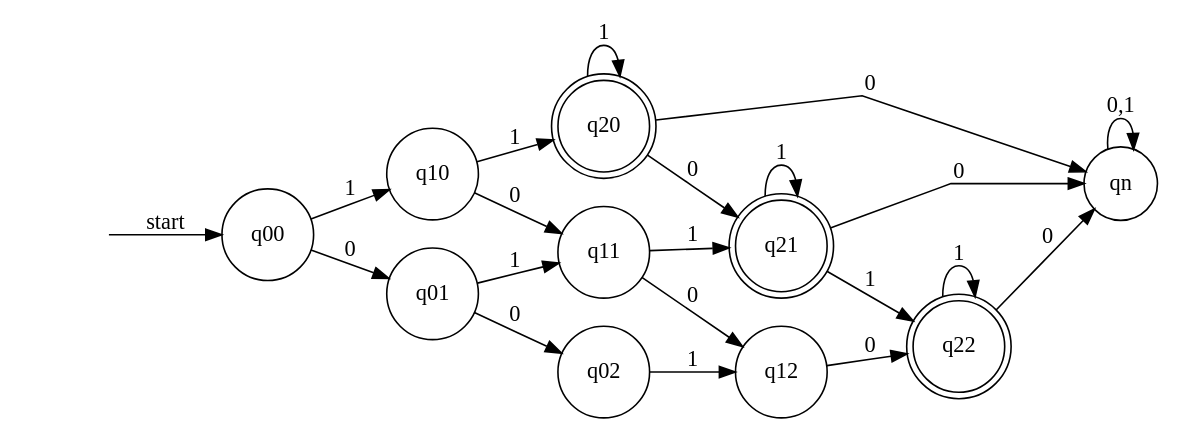
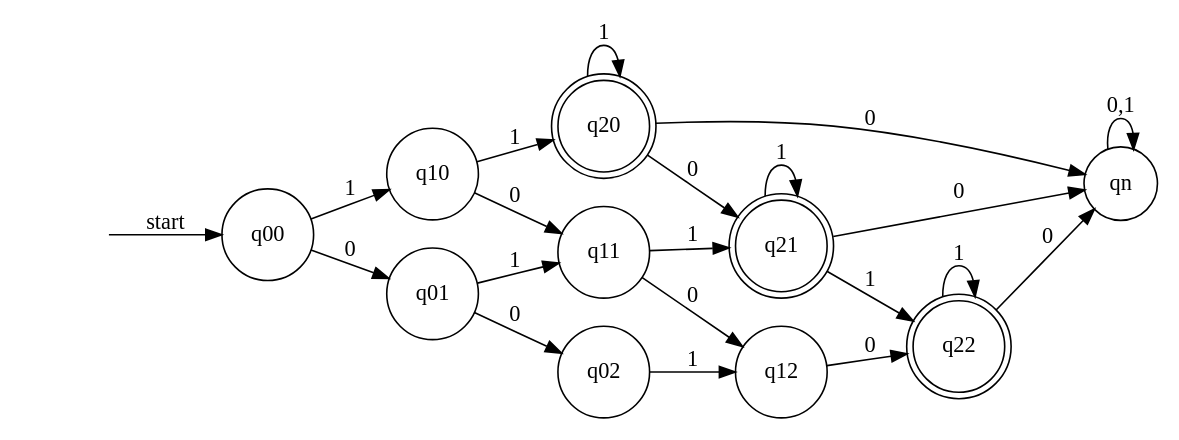
The fourth of 10 diagrams in src/math/formal-language/hw1.md (x06lan/mdbook), drawn with Graphviz before and after one commit. The commit also changed other lines of this file and 3 other files, not shown here.

````diff
--- a/src/math/formal-language/hw1.md
+++ b/src/math/formal-language/hw1.md
@@ -72,45 +73,44 @@
-```graphviz
+```dot process
 digraph finite_state_machine {
     rankdir=LR;
-    splines=false;
     size="8,5"
 
 
     node [shape = doublecircle]; q20,q21,q22;
     node [shape=plaintext] s;
     s [label=""];
     node [shape = circle];
     s  -> q00 [ label = "start" ];
     q00 -> q10 [ label = "1" ];//1 0
     q10 -> q20 [ label = "1" ];//2 0
     q20 -> q20 [ label = "1" ];
 
     q00 -> q01 [ label = "0" ];//0 1
     q01 -> q02 [ label = "0" ];//0 2
 
 
     q10 -> q11 [ label = "0" ];//1 1
     q01 -> q11 [ label = "1" ];
 
     q20 -> q21 [ label = "0" ];//2 1
     q11 -> q21 [ label = "1" ];
     q21 -> q21 [ label = "1" ];
 
 
     q02 -> q12 [ label = "1" ];//1 2
     q11 -> q12 [ label = "0" ];
 
     q21 -> q22 [ label = "1" ];//2 2
     q12 -> q22 [ label = "0" ];
     q22 -> q22 [ label = "1" ];
 
     q20 -> qn [ label = "0" ];
     q21 -> qn [ label = "0" ];
     q22 -> qn [ label = "0" ];
 
     qn -> qn [ label = "0,1" ];
 
 
 
 }
 ```
````
